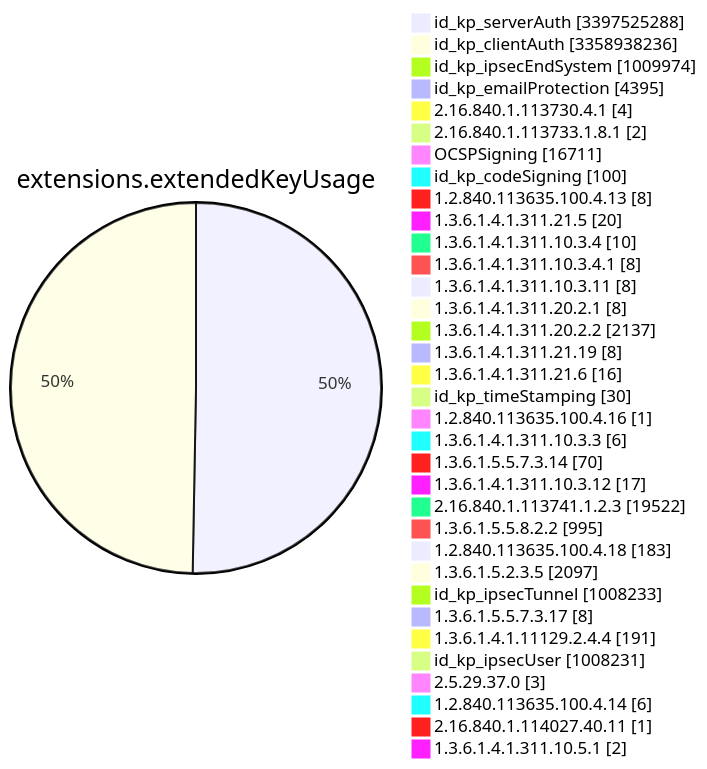
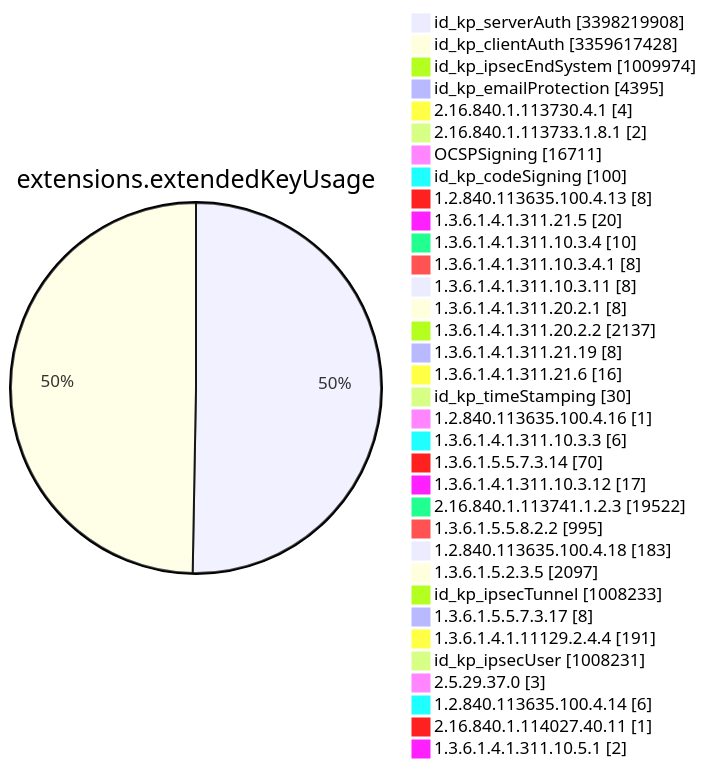
Before and after one commit to christiankrug/ctmonitor_visualization: diagram 11 of 15 in TOTAL/README.md, drawn with Mermaid. The commit also changed other lines of this file, not shown here.

````diff
--- a/TOTAL/README.md
+++ b/TOTAL/README.md
@@ -4121,38 +4121,38 @@
 ```mermaid
 pie showData
 title extensions.extendedKeyUsage
-"id_kp_serverAuth" :3397525288
-"id_kp_clientAuth" :3358938236
+"id_kp_serverAuth" :3398219908
+"id_kp_clientAuth" :3359617428
 "id_kp_ipsecEndSystem" :1009974
 "id_kp_emailProtection" :4395
 "2.16.840.1.113730.4.1" :4
 "2.16.840.1.113733.1.8.1" :2
 "OCSPSigning" :16711
 "id_kp_codeSigning" :100
 "1.2.840.113635.100.4.13" :8
 "1.3.6.1.4.1.311.21.5" :20
 "1.3.6.1.4.1.311.10.3.4" :10
 "1.3.6.1.4.1.311.10.3.4.1" :8
 "1.3.6.1.4.1.311.10.3.11" :8
 "1.3.6.1.4.1.311.20.2.1" :8
 "1.3.6.1.4.1.311.20.2.2" :2137
 "1.3.6.1.4.1.311.21.19" :8
 "1.3.6.1.4.1.311.21.6" :16
 "id_kp_timeStamping" :30
 "1.2.840.113635.100.4.16" :1
 "1.3.6.1.4.1.311.10.3.3" :6
 "1.3.6.1.5.5.7.3.14" :70
 "1.3.6.1.4.1.311.10.3.12" :17
 "2.16.840.1.113741.1.2.3" :19522
 "1.3.6.1.5.5.8.2.2" :995
 "1.2.840.113635.100.4.18" :183
 "1.3.6.1.5.2.3.5" :2097
 "id_kp_ipsecTunnel" :1008233
 "1.3.6.1.5.5.7.3.17" :8
 "1.3.6.1.4.1.11129.2.4.4" :191
 "id_kp_ipsecUser" :1008231
 "2.5.29.37.0" :3
 "1.2.840.113635.100.4.14" :6
 "2.16.840.1.114027.40.11" :1
 "1.3.6.1.4.1.311.10.5.1" :2
 ```
````
